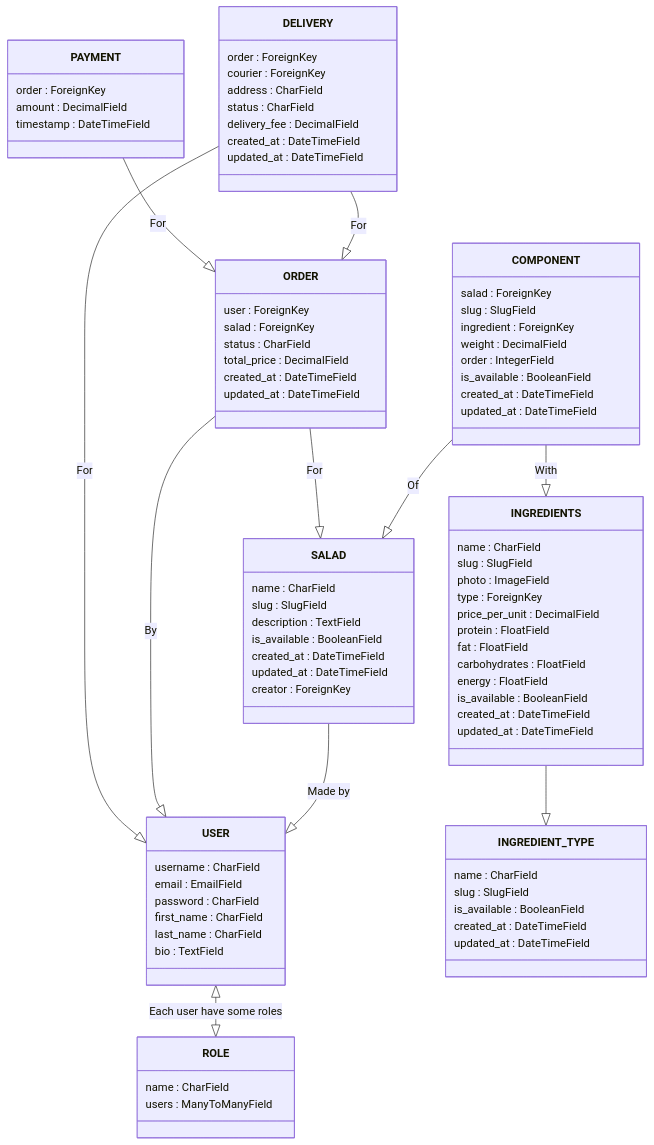
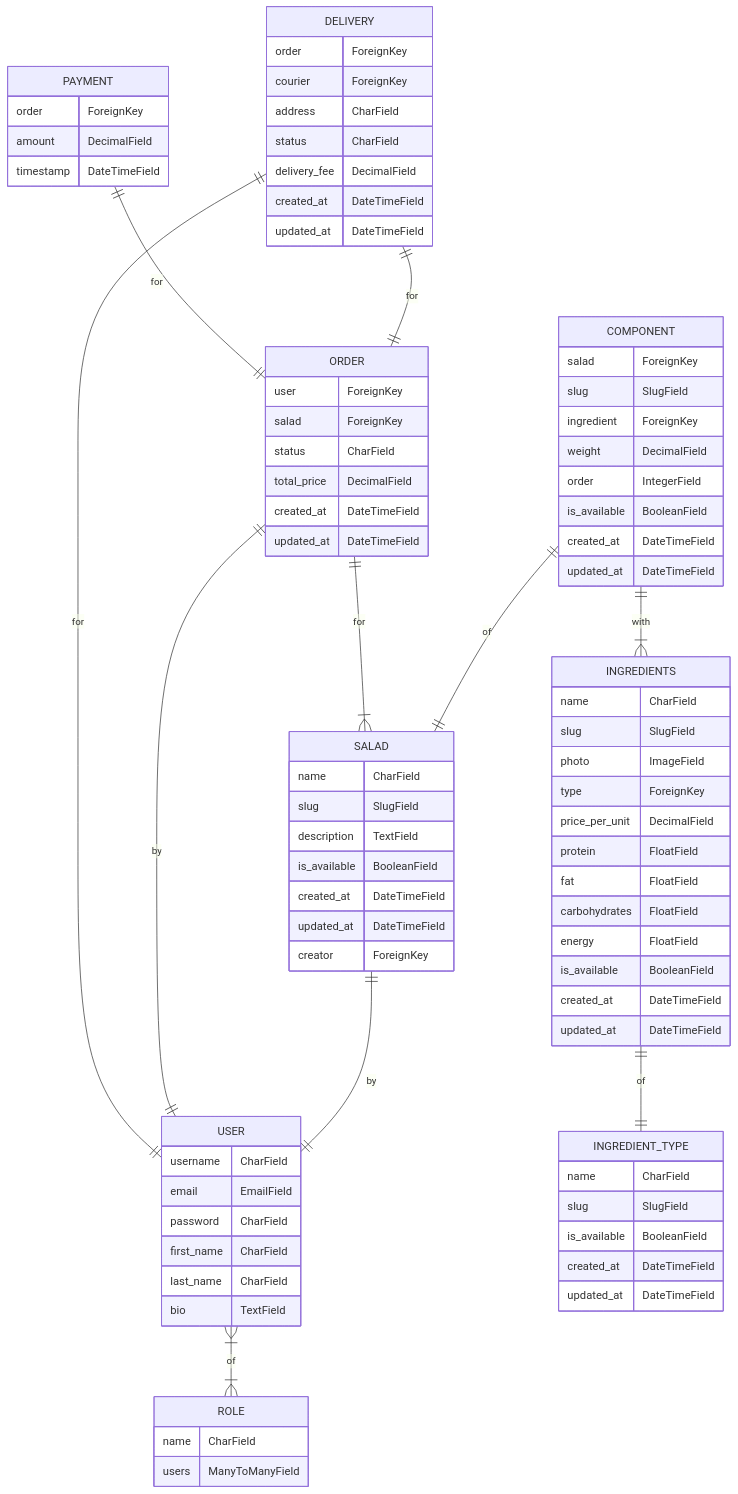
Before and after one commit to ya-yura/salatik: the first of 3 diagrams in README.md, drawn with Mermaid.

````diff
--- a/README.md
+++ b/README.md
@@ -89,87 +89,88 @@
 ```mermaid
-classDiagram
-    class USER {
-        username : CharField
-        email : EmailField
-        password : CharField
-        first_name : CharField
-        last_name : CharField
-        bio : TextField
+erDiagram
+    USER {
+        username CharField
+        email EmailField
+        password CharField
+        first_name CharField
+        last_name CharField
+        bio TextField
     }
-    class ROLE {
-        name : CharField
-        users : ManyToManyField
+    ROLE {
+        name CharField
+        users ManyToManyField
     }
-    class INGREDIENT_TYPE {
-        name : CharField
-        slug : SlugField
-        is_available : BooleanField
-        created_at : DateTimeField
-        updated_at : DateTimeField
+    INGREDIENT_TYPE {
+        name CharField
+        slug SlugField
+        is_available BooleanField
+        created_at DateTimeField
+        updated_at DateTimeField
     }
-    class INGREDIENTS {
-        name : CharField
-        slug : SlugField
-        photo : ImageField
-        type : ForeignKey
-        price_per_unit : DecimalField
-        protein : FloatField
-        fat : FloatField
-        carbohydrates : FloatField
-        energy : FloatField
-        is_available : BooleanField
-        created_at : DateTimeField
-        updated_at : DateTimeField
+    INGREDIENTS {
+        name CharField
+        slug SlugField
+        photo ImageField
+        type ForeignKey
+        price_per_unit DecimalField
+        protein FloatField
+        fat FloatField
+        carbohydrates FloatField
+        energy FloatField
+        is_available BooleanField
+        created_at DateTimeField
+        updated_at DateTimeField
     }
-    class SALAD {
-        name : CharField
-        slug : SlugField
-        description : TextField
-        is_available : BooleanField
-        created_at : DateTimeField
-        updated_at : DateTimeField
-        creator : ForeignKey
+    SALAD {
+        name CharField
+        slug SlugField
+        description TextField
+        is_available BooleanField
+        created_at DateTimeField
+        updated_at DateTimeField
+        creator ForeignKey
     }
-    class COMPONENT {
-        salad : ForeignKey
-        slug : SlugField
-        ingredient : ForeignKey
-        weight : DecimalField
-        order : IntegerField
-        is_available : BooleanField
-        created_at : DateTimeField
-        updated_at : DateTimeField
+    COMPONENT {
+        salad ForeignKey
+        slug SlugField
+        ingredient ForeignKey
+        weight DecimalField
+        order IntegerField
+        is_available BooleanField
+        created_at DateTimeField
+        updated_at DateTimeField
     }
-    class ORDER {
-        user : ForeignKey
-        salad : ForeignKey
-        status : CharField
-        total_price : DecimalField
-        created_at : DateTimeField
-        updated_at : DateTimeField
+    ORDER {
+        user ForeignKey
+        salad ForeignKey
+        status CharField
+        total_price DecimalField
+        created_at DateTimeField
+        updated_at DateTimeField
     }
-    class PAYMENT {
-        order : ForeignKey
-        amount : DecimalField
-        timestamp : DateTimeField
+    PAYMENT {
+        order ForeignKey
+        amount DecimalField
+        timestamp DateTimeField
     }
-    class DELIVERY {
-        order : ForeignKey
-        courier : ForeignKey
-        address : CharField
-        status : CharField
-        delivery_fee : DecimalField
-        created_at : DateTimeField
-        updated_at : DateTimeField
+    DELIVERY {
+        order ForeignKey
+        courier ForeignKey
+        address CharField
+        status CharField
+        delivery_fee DecimalField
+        created_at DateTimeField
+        updated_at DateTimeField
     }
-    PAYMENT --|> ORDER: For
-    DELIVERY --|> ORDER: For
-    DELIVERY --|> USER: For
-    ORDER --|> USER: By
-    ORDER --|> SALAD: For
-    COMPONENT --|> SALAD: Of
-    COMPONENT --|> INGREDIENTS: With
-    SALAD --|> USER: Made by
-    INGREDIENTS --|> INGREDIENT_TYPE
-    USER <|--|> ROLE: Each user have some roles
+
+    PAYMENT ||--|| ORDER : for
+    DELIVERY ||--|| ORDER : for
+    DELIVERY ||--|| USER : for
+    ORDER ||--|| USER : by
+    ORDER ||--|{ SALAD : for
+    COMPONENT ||--|| SALAD : of
+    COMPONENT ||--|{ INGREDIENTS : with
+    SALAD ||--|| USER : by
+    INGREDIENTS ||--|| INGREDIENT_TYPE : of
+    USER }|--|{ ROLE : of
 ```
````
